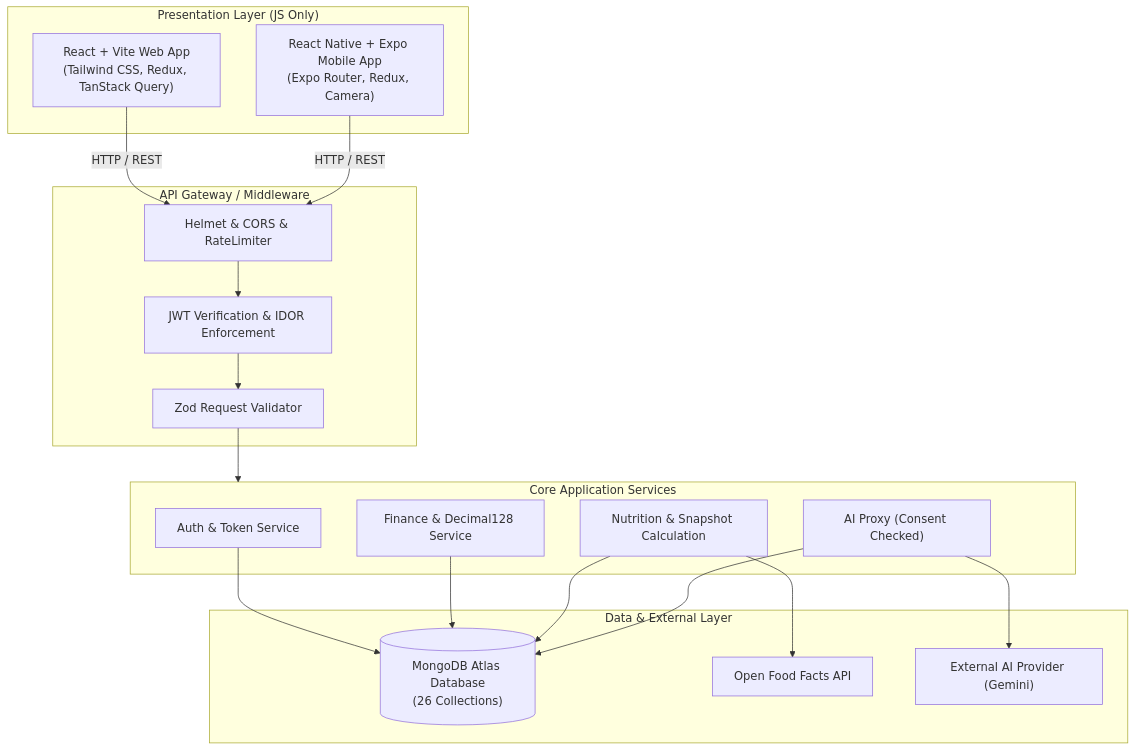
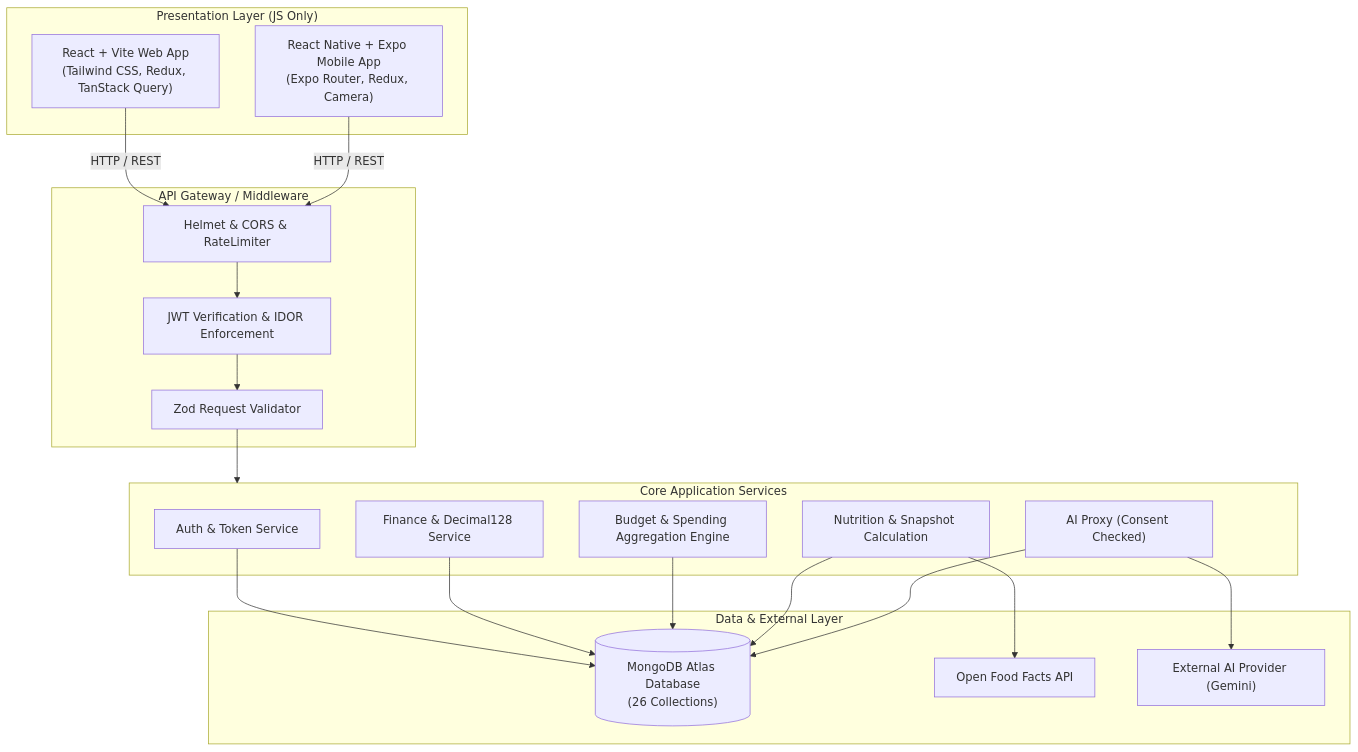
Before and after one commit to bharanidharan733955/LifeSync: the diagram in documentation/ARCHITECTURE.md, drawn with Mermaid. The commit also changed other lines of this file and 100 other files, not shown here.

````diff
--- a/documentation/ARCHITECTURE.md
+++ b/documentation/ARCHITECTURE.md
@@ -16,39 +16,41 @@
 ```mermaid
 flowchart TD
     subgraph Clients["Presentation Layer (JS Only)"]
         Web["React + Vite Web App\n(Tailwind CSS, Redux, TanStack Query)"]
         Mobile["React Native + Expo Mobile App\n(Expo Router, Redux, Camera)"]
     end
 
     subgraph Gateway["API Gateway / Middleware"]
         Security["Helmet & CORS & RateLimiter"]
         AuthMiddleware["JWT Verification & IDOR Enforcement"]
         ZodMiddleware["Zod Request Validator"]
     end
 
     subgraph Services["Core Application Services"]
         AuthService["Auth & Token Service"]
         FinanceService["Finance & Decimal128 Service"]
+        BudgetService["Budget & Spending Aggregation Engine"]
         NutritionService["Nutrition & Snapshot Calculation"]
         AIService["AI Proxy (Consent Checked)"]
     end
 
     subgraph Data["Data & External Layer"]
         MongoAtlas[("MongoDB Atlas Database\n(26 Collections)")]
         OpenFoodFacts["Open Food Facts API"]
         ExternalAI["External AI Provider (Gemini)"]
     end
 
     Web -->|HTTP / REST| Security
     Mobile -->|HTTP / REST| Security
     Security --> AuthMiddleware
     AuthMiddleware --> ZodMiddleware
     ZodMiddleware --> Services
     
     AuthService --> MongoAtlas
     FinanceService --> MongoAtlas
+    BudgetService --> MongoAtlas
     NutritionService --> MongoAtlas
     NutritionService --> OpenFoodFacts
     AIService --> ExternalAI
     AIService --> MongoAtlas
 ```
````
